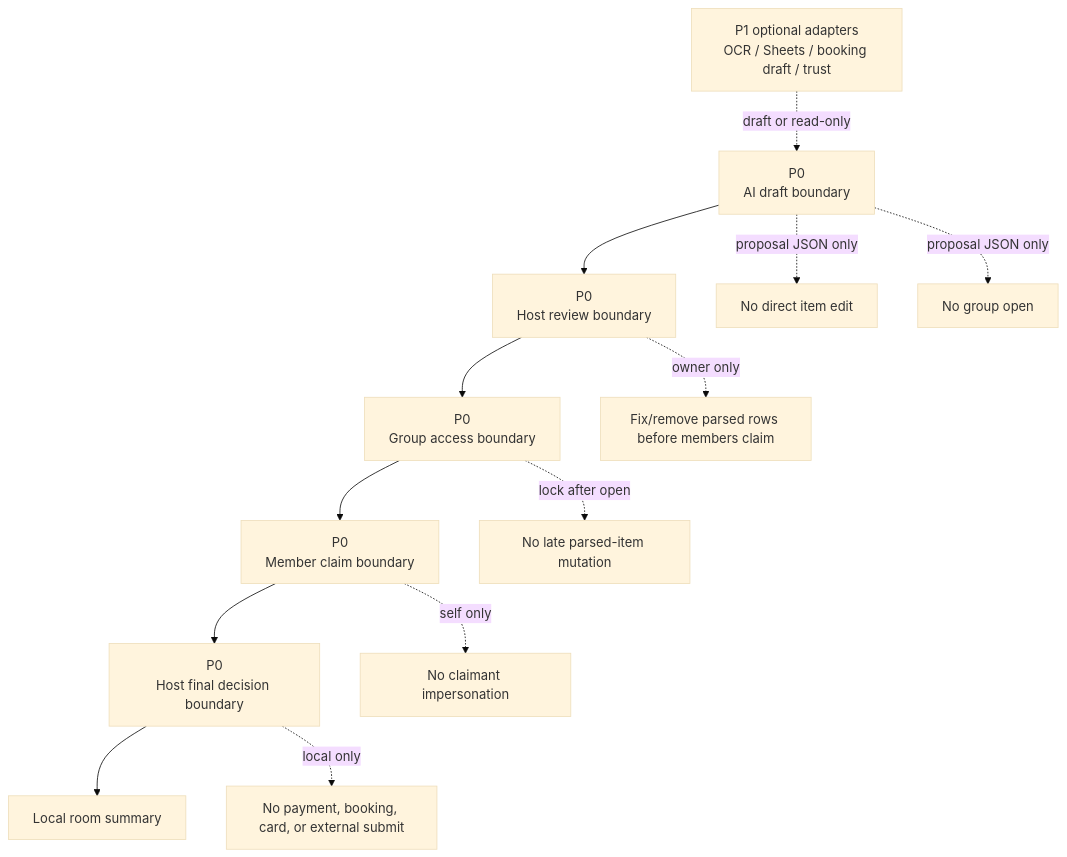
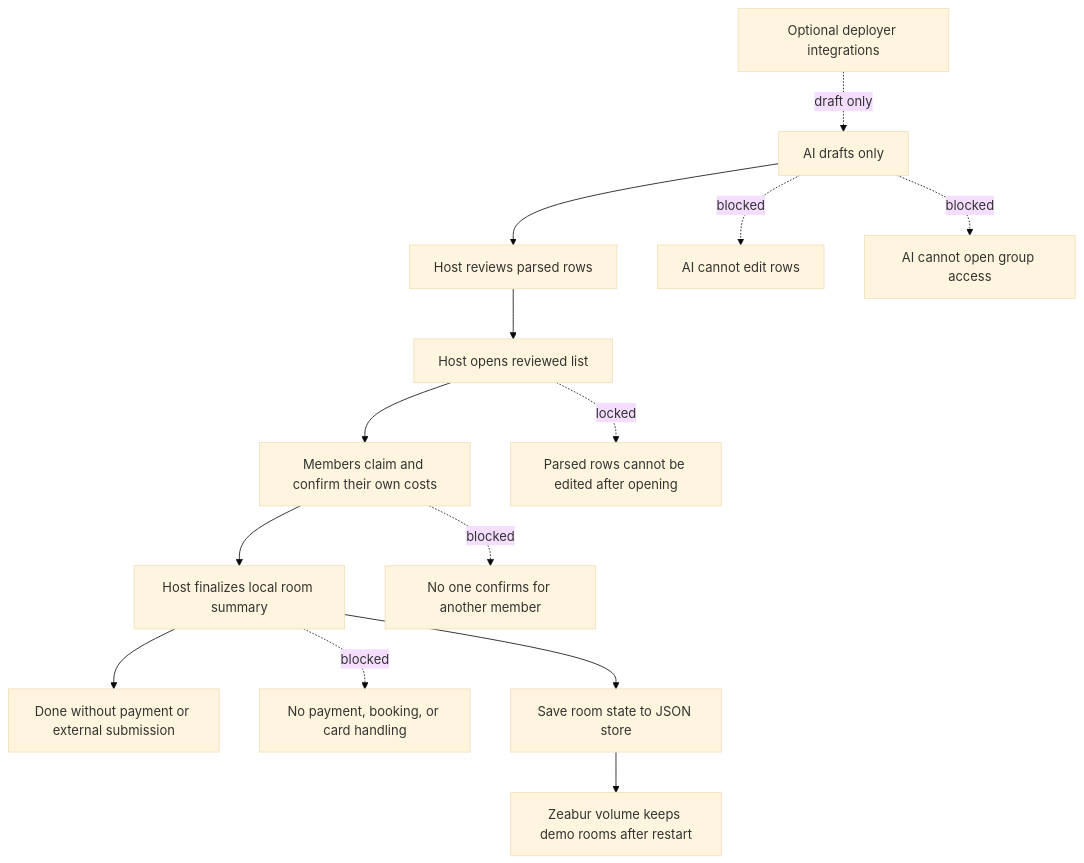
Before and after one commit to jiarong0423/shared-room-mcp: the second of 7 diagrams in docs/ai-generated/2026Q3/shared_room_mermaid_module_design_20260831.md, drawn with Mermaid (base theme). The commit also changed other lines of this file and 6 other files, not shown here.

Commit message:
Align submission diagrams and export manifest

````diff
--- a/docs/ai-generated/2026Q3/shared_room_mermaid_module_design_20260831.md
+++ b/docs/ai-generated/2026Q3/shared_room_mermaid_module_design_20260831.md
@@ -50,17 +56,19 @@
 ```mermaid
 flowchart TD
-  P0A[P0<br/>AI draft boundary] --> P0B[P0<br/>Host review boundary]
-  P0B --> P0C[P0<br/>Group access boundary]
-  P0C --> P0D[P0<br/>Member claim boundary]
-  P0D --> P0E[P0<br/>Host final decision boundary]
-  P0E --> DONE[Local room summary]
+  A[AI drafts only] --> B[Host reviews parsed rows]
+  B --> C[Host opens reviewed list]
+  C --> D[Members claim and confirm their own costs]
+  D --> E[Host finalizes local room summary]
+  E --> DONE[Done without payment or external submission]
 
-  P0A -. proposal JSON only .-> B1[No direct item edit]
-  P0A -. proposal JSON only .-> B2[No group open]
-  P0B -. owner only .-> B3[Fix/remove parsed rows before members claim]
-  P0C -. lock after open .-> B4[No late parsed-item mutation]
-  P0D -. self only .-> B5[No claimant impersonation]
-  P0E -. local only .-> B6[No payment, booking, card, or external submit]
+  A -. blocked .-> X1[AI cannot edit rows]
+  A -. blocked .-> X2[AI cannot open group access]
+  C -. locked .-> X3[Parsed rows cannot be edited after opening]
+  D -. blocked .-> X4[No one confirms for another member]
+  E -. blocked .-> X5[No payment, booking, or card handling]
 
-  P1[P1 optional adapters<br/>OCR / Sheets / booking draft / trust] -. draft or read-only .-> P0A
+  E --> SAVE[Save room state to JSON store]
+  SAVE --> VOL[Zeabur volume keeps demo rooms after restart]
+
+  OPTIONAL[Optional deployer integrations] -. draft only .-> A
 ```
````
